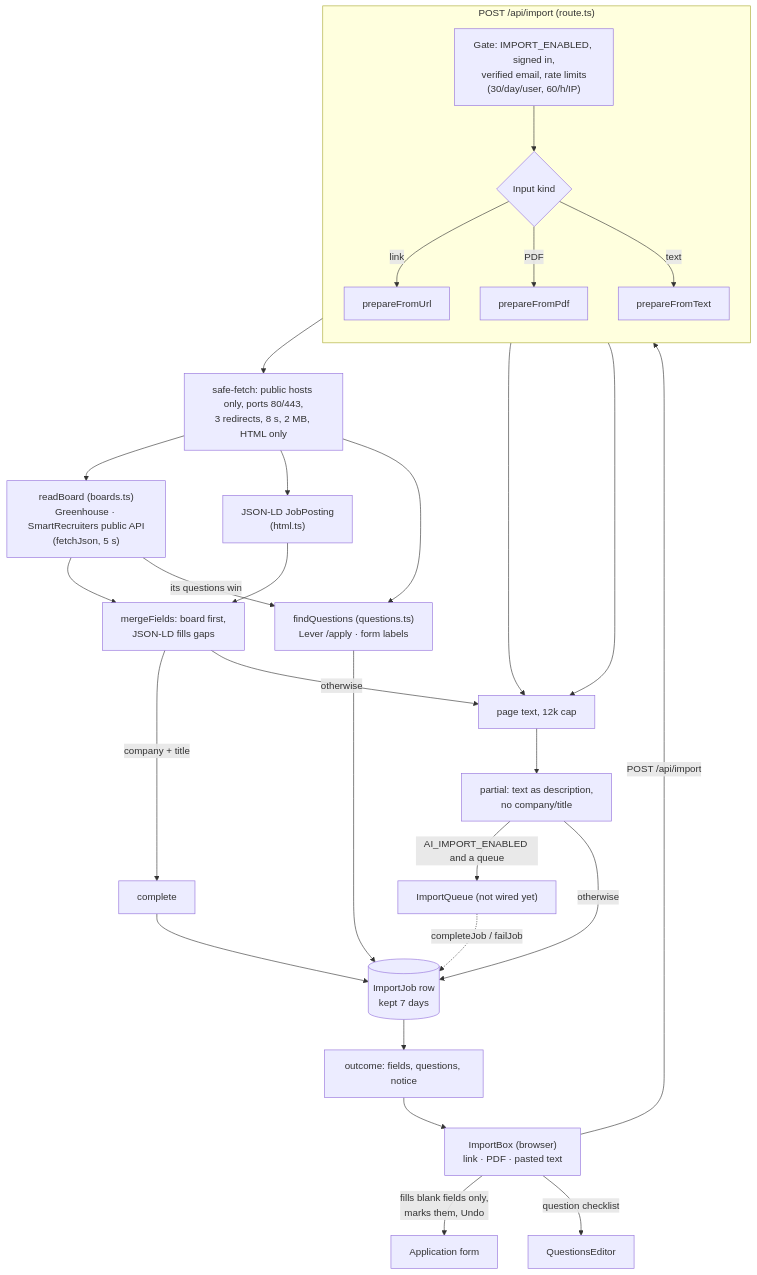
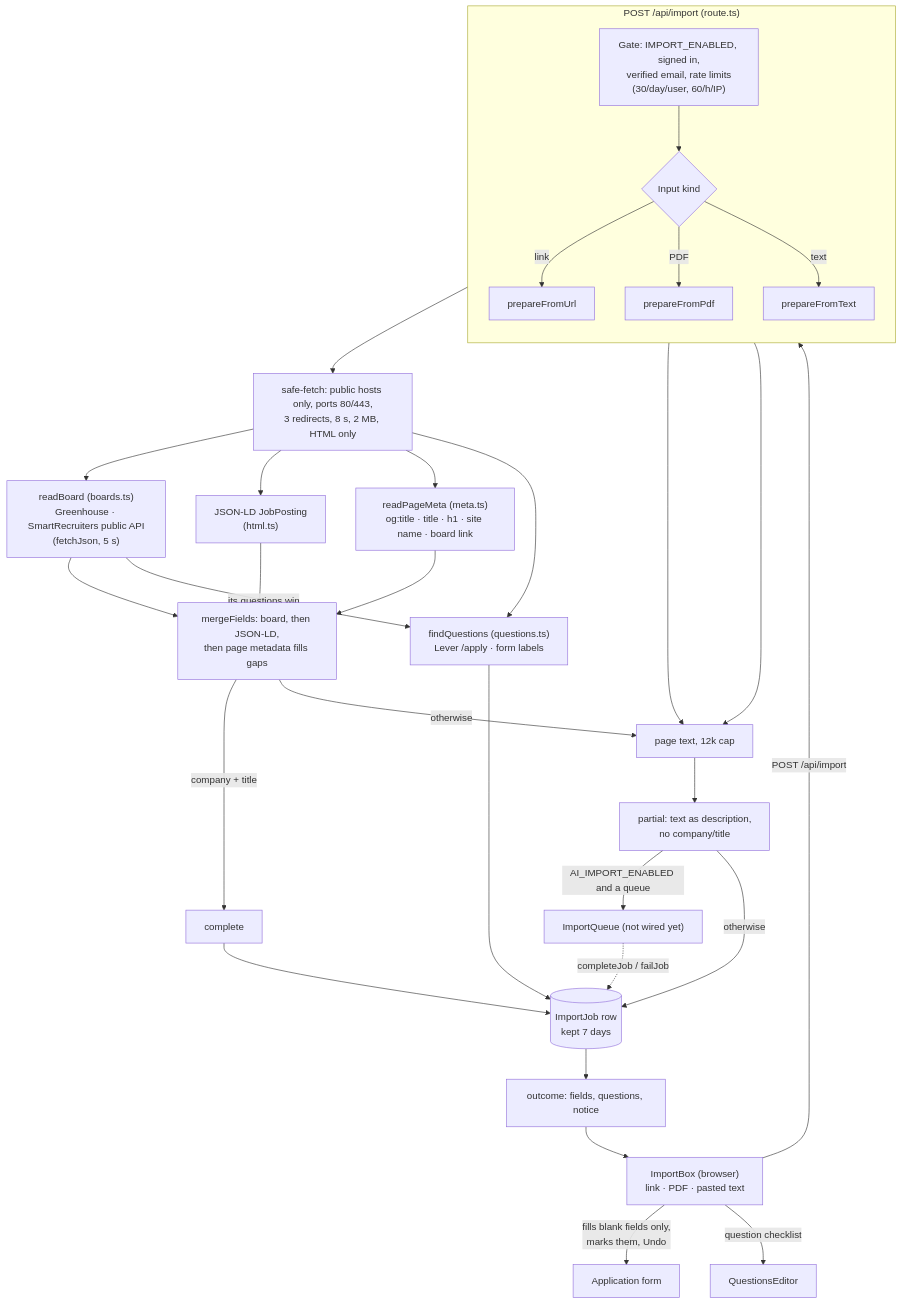
One commit to ssamkough/job-apps changed the fourth of 4 diagrams in docs/import-architecture.md. Above: the diagram before and after it, drawn with Mermaid. The commit also changed other lines of this file and 5 other files, not shown here.

First line of the commit message:
Importer: fall back to the page's own metadata for company and title when there is no board API or JSON-LD.

````diff
--- a/docs/import-architecture.md
+++ b/docs/import-architecture.md
@@ -155,37 +155,39 @@
 ```mermaid
 flowchart TD
     UI["ImportBox (browser)<br/>link · PDF · pasted text"] -->|POST /api/import| API
 
     subgraph API["POST /api/import (route.ts)"]
         direction TB
         G["Gate: IMPORT_ENABLED, signed in,<br/>verified email, rate limits<br/>(30/day/user, 60/h/IP)"]
         G --> K{Input kind}
         K -->|link| PU["prepareFromUrl"]
         K -->|PDF| PP["prepareFromPdf"]
         K -->|text| PT["prepareFromText"]
     end
 
     PU --> SF["safe-fetch: public hosts only, ports 80/443,<br/>3 redirects, 8 s, 2 MB, HTML only"]
     SF --> BA["readBoard (boards.ts)<br/>Greenhouse · SmartRecruiters public API<br/>(fetchJson, 5 s)"]
     SF --> LD["JSON-LD JobPosting<br/>(html.ts)"]
-    BA --> M["mergeFields: board first,<br/>JSON-LD fills gaps"]
+    SF --> MD["readPageMeta (meta.ts)<br/>og:title · title · h1 · site name · board link"]
+    BA --> M["mergeFields: board, then JSON-LD,<br/>then page metadata fills gaps"]
     LD --> M
+    MD --> M
     SF --> Q["findQuestions (questions.ts)<br/>Lever /apply · form labels"]
     BA -->|its questions win| Q
     M -->|company + title| COMPLETE["complete"]
     M -->|otherwise| TXT["page text, 12k cap"]
     PP --> TXT
     PT --> TXT
     TXT --> PARTIAL["partial: text as description,<br/>no company/title"]
 
     COMPLETE --> JOB[("ImportJob row<br/>kept 7 days")]
     PARTIAL -->|AI_IMPORT_ENABLED and a queue| QUEUE["ImportQueue (not wired yet)"]
     PARTIAL -->|otherwise| JOB
     QUEUE -.->|"completeJob / failJob"| JOB
     Q --> JOB
 
     JOB --> OUT["outcome: fields, questions, notice"]
     OUT --> UI
     UI -->|"fills blank fields only,<br/>marks them, Undo"| FORM["Application form"]
     UI -->|"question checklist"| QE["QuestionsEditor"]
 ```
````
